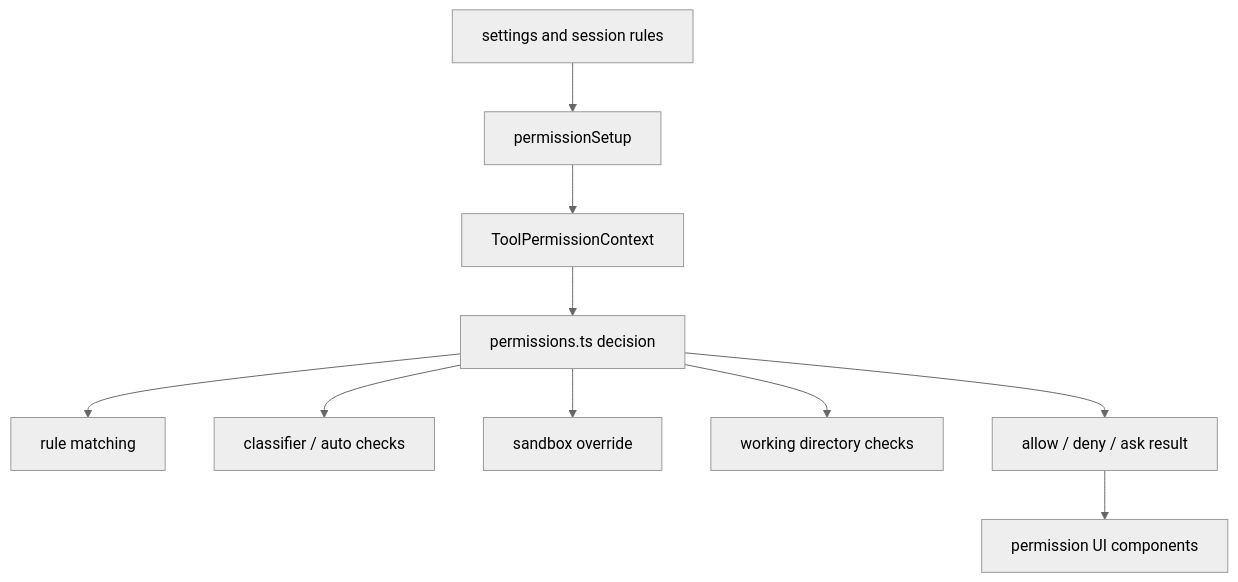
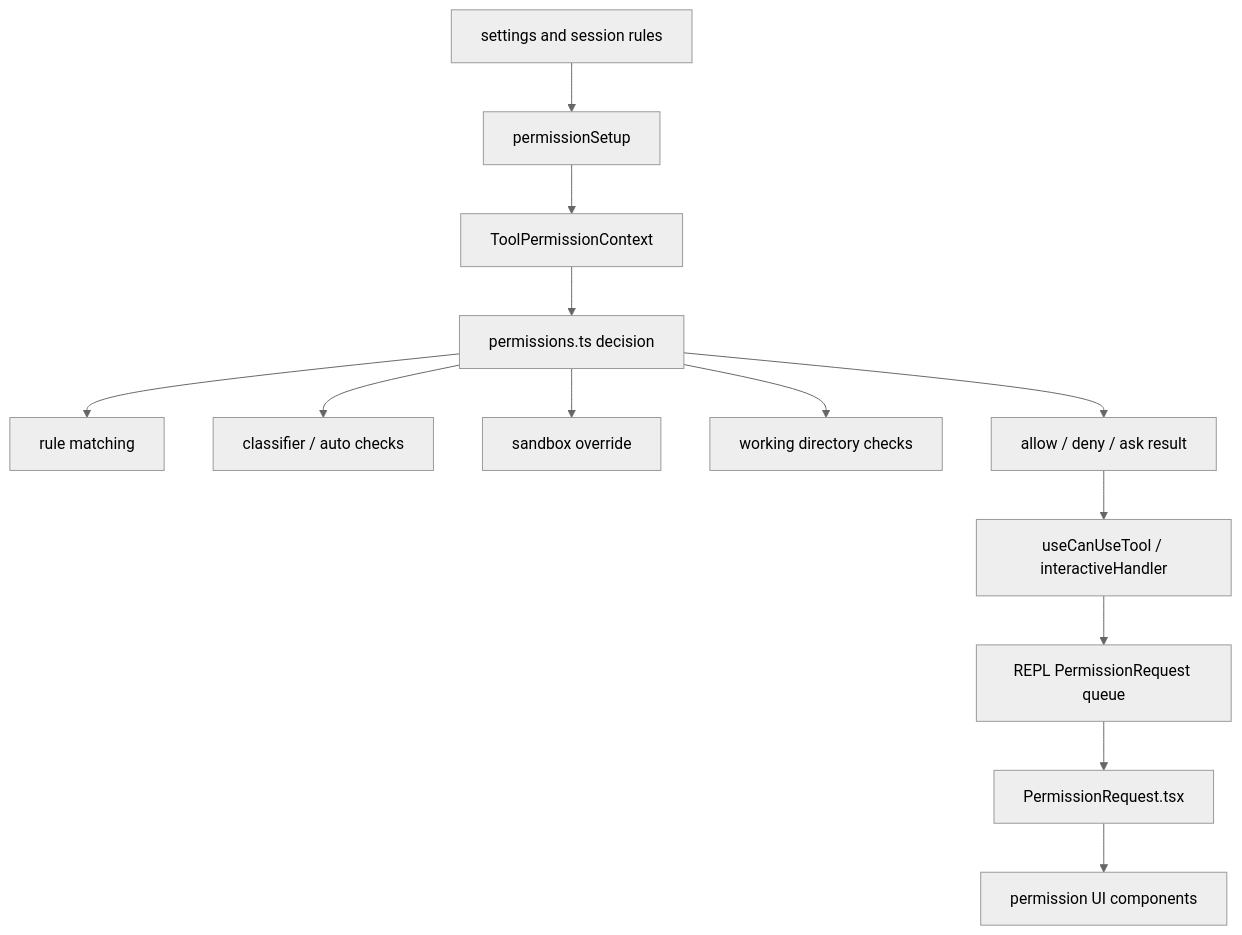
One commit to Boulea7/ClaudeCode-Source-DeepDive changed the diagram in MODULES/06-permissions-sandbox-and-trust/DEEP/README.md. Above: the diagram before and after it, drawn with Mermaid (neutral theme). The commit also changed other lines of this file and 5 other files, not shown here.

Commit message:
docs: align permissions architecture and ai-agent docs

````diff
--- a/MODULES/06-permissions-sandbox-and-trust/DEEP/README.md
+++ b/MODULES/06-permissions-sandbox-and-trust/DEEP/README.md
@@ -113,12 +146,15 @@
 ```mermaid
 flowchart TD
     A[settings and session rules] --> B[permissionSetup]
     B --> C[ToolPermissionContext]
     C --> D[permissions.ts decision]
     D --> E[rule matching]
     D --> F[classifier / auto checks]
     D --> G[sandbox override]
     D --> H[working directory checks]
     D --> I[allow / deny / ask result]
-    I --> J[permission UI components]
+    I --> J[useCanUseTool / interactiveHandler]
+    J --> K[REPL PermissionRequest queue]
+    K --> L[PermissionRequest.tsx]
+    L --> M[permission UI components]
 ```
````
